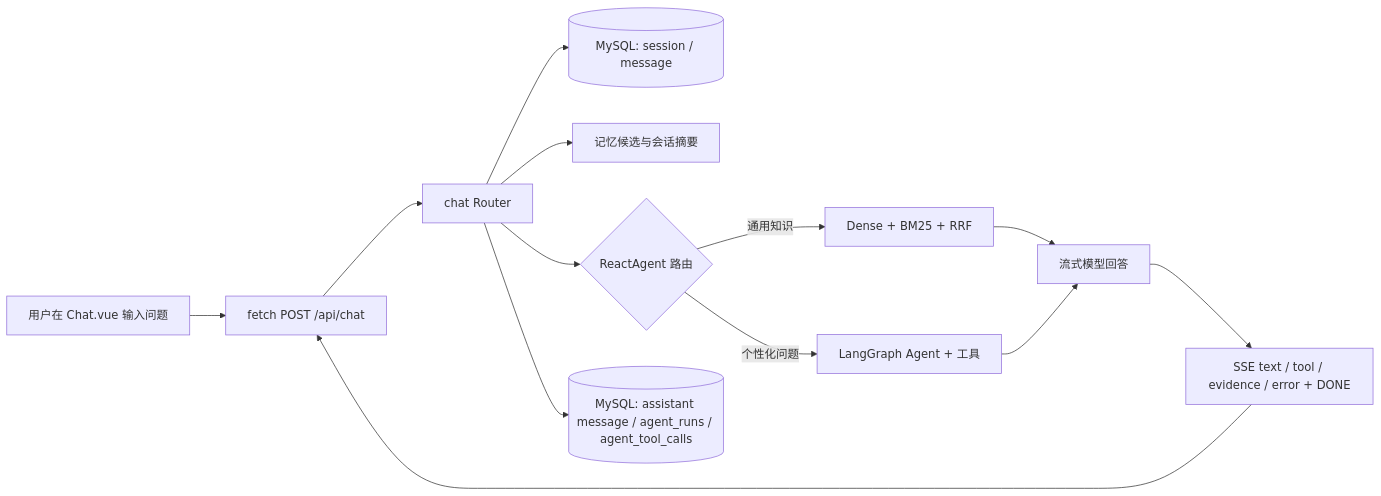
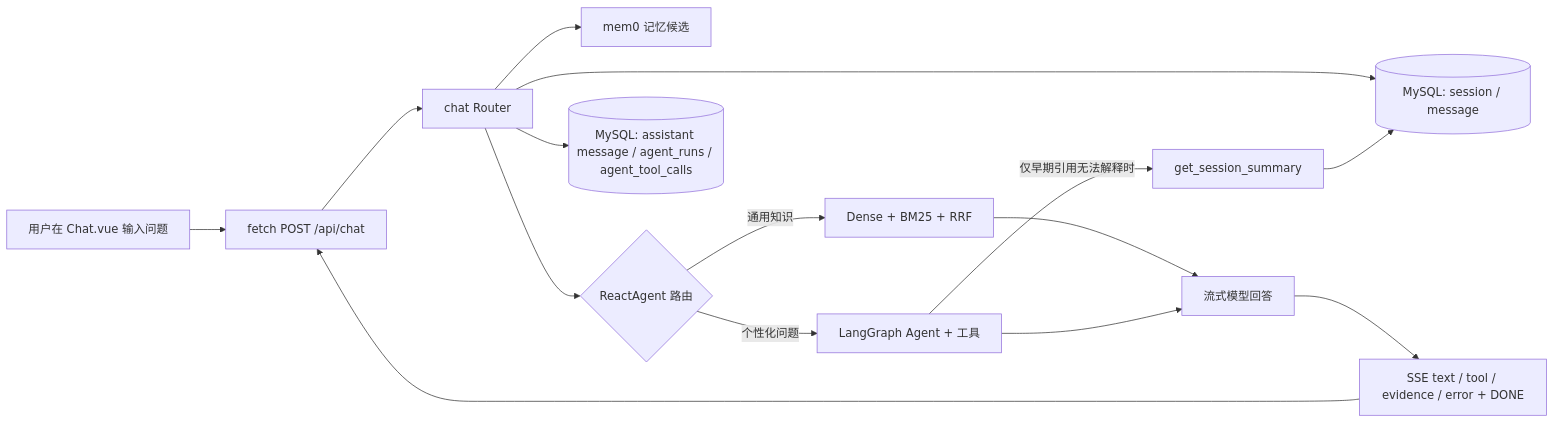
Before and after one commit to Leewx-char/FitAgent: the first of 3 diagrams in docs/learning-guide.md, drawn with Mermaid. The commit also changed other lines of this file and 6 other files, not shown here.

````diff
--- a/docs/learning-guide.md
+++ b/docs/learning-guide.md
@@ -22,15 +22,17 @@
 ```mermaid
 flowchart LR
   U[用户在 Chat.vue 输入问题] --> FE[fetch POST /api/chat]
   FE --> API[chat Router]
   API --> DB1[(MySQL: session / message)]
-  API --> MEM[记忆候选与会话摘要]
+  API --> MEM[mem0 记忆候选]
   API --> A{ReactAgent 路由}
   A -->|通用知识| RAG[Dense + BM25 + RRF]
   A -->|个性化问题| LG[LangGraph Agent + 工具]
+  LG -->|仅早期引用无法解释时| SS[get_session_summary]
+  SS --> DB1
   RAG --> LLM[流式模型回答]
   LG --> LLM
   LLM --> SSE[SSE text / tool / evidence / error + DONE]
   SSE --> FE
   API --> DB2[(MySQL: assistant message / agent_runs / agent_tool_calls)]
 ```
````
